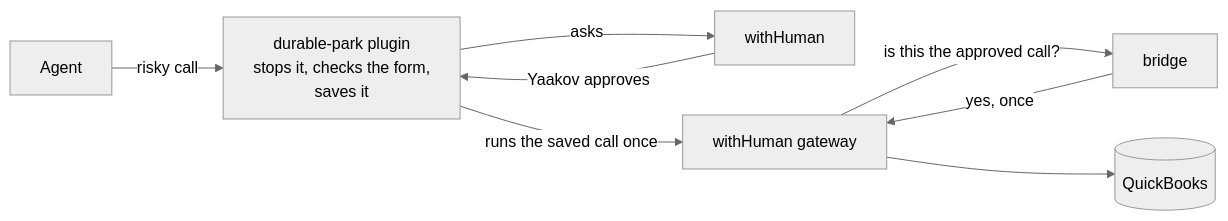
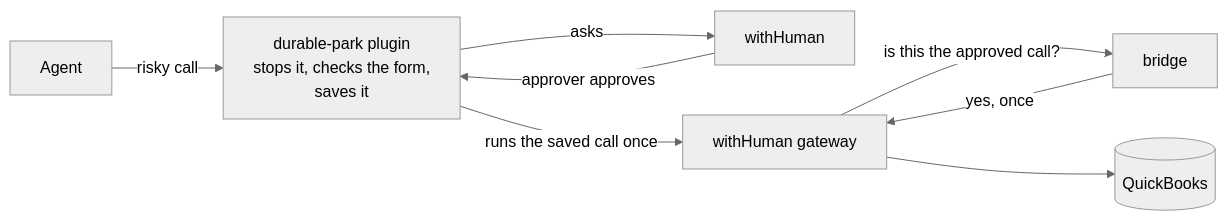
The diagram in durable-park/README.md (TapDashPayments/TapDash-Agents), drawn with Mermaid (neutral theme) before and after one commit. The commit also changed other lines of this file and 9 other files, not shown here.

````diff
--- a/durable-park/README.md
+++ b/durable-park/README.md
@@ -13,10 +13,10 @@
 ```mermaid
 flowchart LR
   agent["Agent"] -->|"risky call"| plugin["durable-park plugin<br/>stops it, checks the form,<br/>saves it"]
   plugin -->|"asks"| wh["withHuman"]
-  wh -->|"Yaakov approves"| plugin
+  wh -->|"approver approves"| plugin
   plugin -->|"runs the saved call once"| gw["withHuman gateway"]
   gw -->|"is this the approved call?"| bridge["bridge"]
   bridge -->|"yes, once"| gw
   gw --> qbo[("QuickBooks")]
 ```
````
